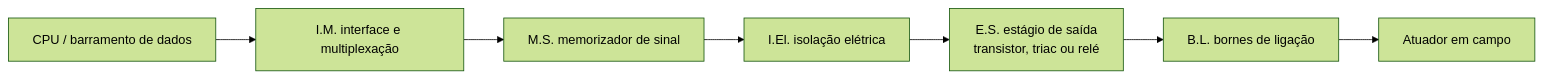
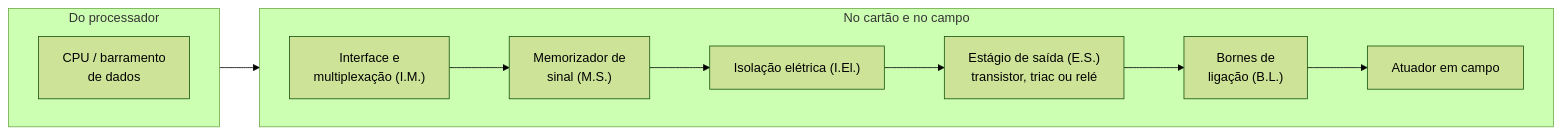
Before and after one commit to wvianna/apostila-CLP-IFF: the diagram in apostila/diagramas/07-cartao-saida.mmd, drawn with Mermaid (forest theme). The commit also changed 33 other files, not shown here.

Commit message:
Adiciona seção sobre forte tipação e conversão de tipos e atualiza diagramas

```diff
--- a/apostila/diagramas/07-cartao-saida.mmd
+++ b/apostila/diagramas/07-cartao-saida.mmd
@@ -1,7 +1,14 @@
 flowchart LR
-  CPU["CPU / barramento de dados"] --> IM["I.M. interface e multiplexação"]
-  IM --> MS["M.S. memorizador de sinal"]
-  MS --> IEL["I.El. isolação elétrica"]
-  IEL --> ES["E.S. estágio de saída<br/>transistor, triac ou relé"]
-  ES --> BL["B.L. bornes de ligação"]
-  BL --> CARGA["Atuador em campo"]
+  subgraph cpu["Do processador"]
+    direction LR
+    CPU["CPU / barramento<br/>de dados"]
+  end
+  subgraph cartao["No cartão e no campo"]
+    direction LR
+    IM["Interface e<br/>multiplexação (I.M.)"] --> MS["Memorizador de<br/>sinal (M.S.)"]
+    MS --> IEL["Isolação elétrica (I.El.)"]
+    IEL --> ES["Estágio de saída (E.S.)<br/>transistor, triac ou relé"]
+    ES --> BL["Bornes de<br/>ligação (B.L.)"]
+    BL --> CARGA["Atuador em campo"]
+  end
+  CPU --> IM
```
